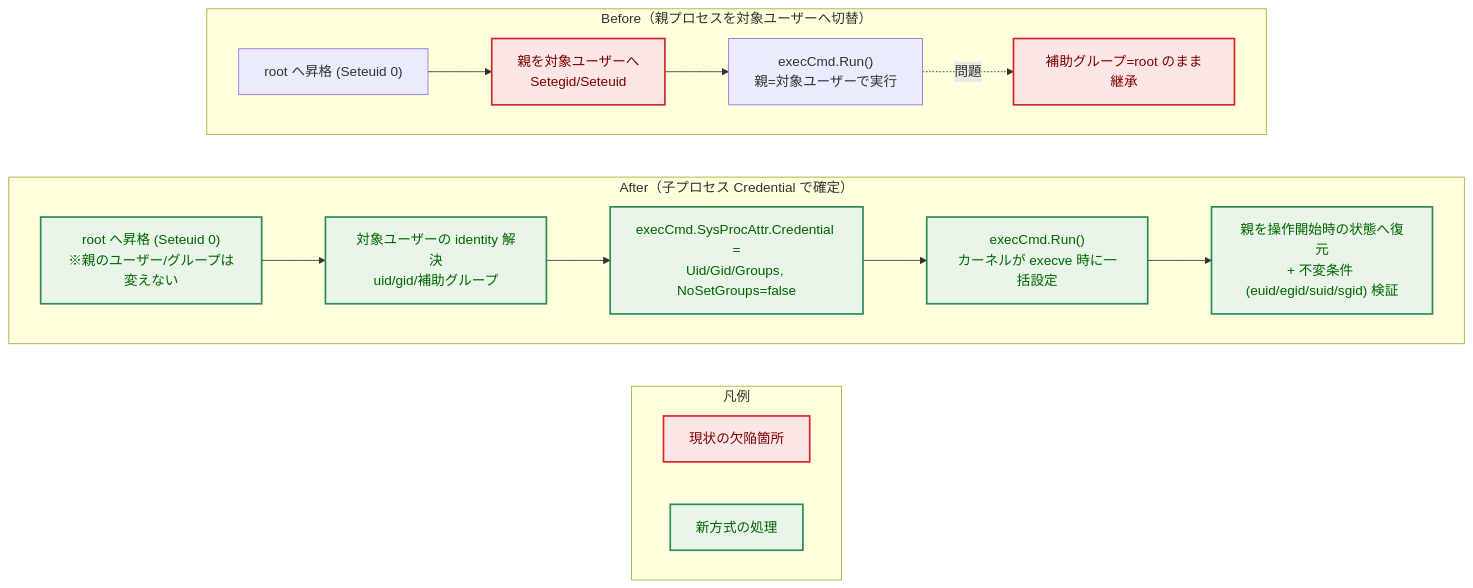
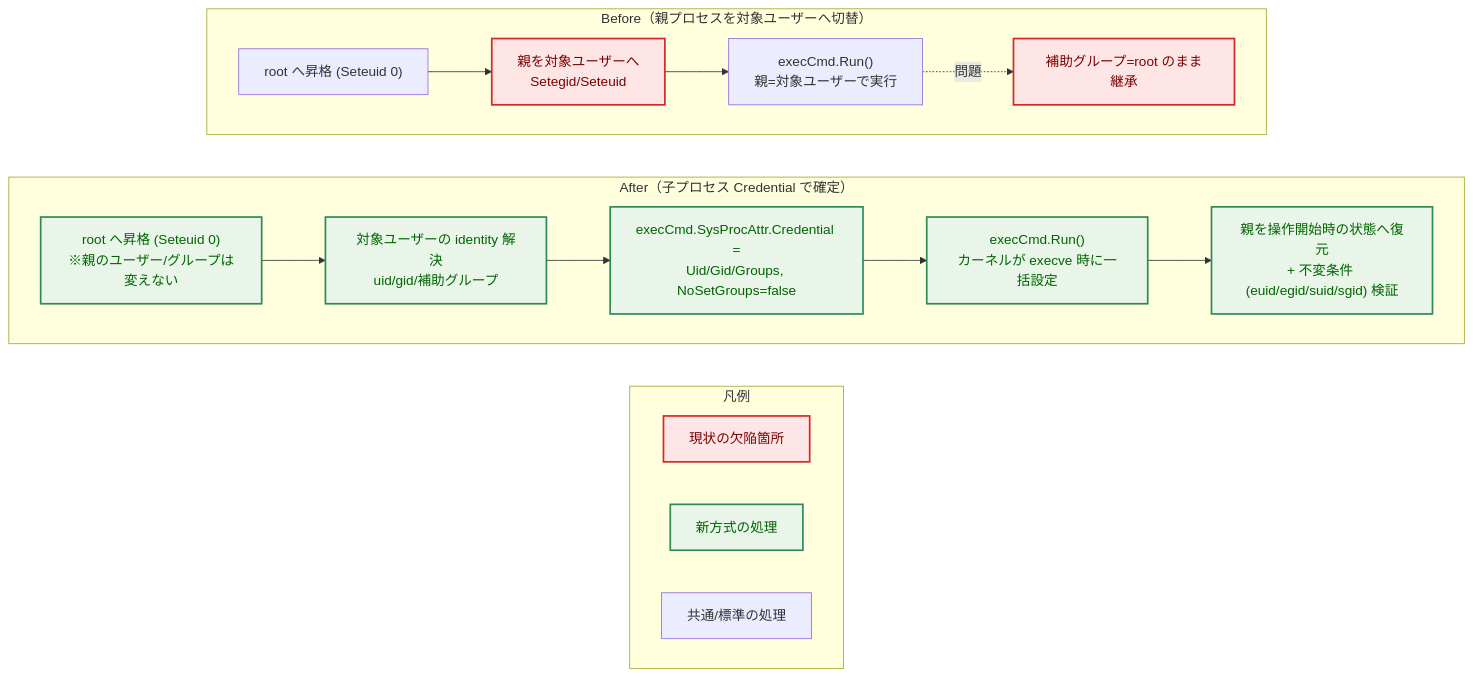
One commit to isseis/go-safe-cmd-runner changed the third of 8 diagrams in docs/tasks/0146_security_hardning/02_architecture.md. Above: the diagram before and after it, drawn with Mermaid. The commit also changed other lines of this file, not shown here.

First line of the commit message:
docs(0146): resolve fail-safe/fail-closed conflict and add Mermaid legend entries

````diff
--- a/docs/tasks/0146_security_hardning/02_architecture.md
+++ b/docs/tasks/0146_security_hardning/02_architecture.md
@@ -207,35 +207,36 @@
 ```mermaid
 flowchart TB
     classDef enhanced fill:#e8f5e8,stroke:#2e8b57,stroke-width:2px,color:#006400;
     classDef problem fill:#ffe6e6,stroke:#d62728,stroke-width:2px,color:#7b0000;
 
     subgraph Before["Before（親プロセスを対象ユーザーへ切替）"]
         direction LR
         B1["root へ昇格 (Seteuid 0)"]
         B2["親を対象ユーザーへ<br>Setegid/Seteuid"]
         B3["execCmd.Run()<br>親=対象ユーザーで実行"]
         B4["補助グループ=root のまま継承"]
         B1 --> B2 --> B3
         B3 -.->|"問題"| B4
         class B2,B4 problem
     end
 
     subgraph After["After（子プロセス Credential で確定）"]
         direction LR
         A1["root へ昇格 (Seteuid 0)<br>※親のユーザー/グループは変えない"]
         A2["対象ユーザーの identity 解決<br>uid/gid/補助グループ"]
         A3["execCmd.SysProcAttr.Credential =<br>Uid/Gid/Groups, NoSetGroups=false"]
         A4["execCmd.Run()<br>カーネルが execve 時に一括設定"]
         A5["親を操作開始時の状態へ復元<br>+ 不変条件 (euid/egid/suid/sgid) 検証"]
         A1 --> A2 --> A3 --> A4 --> A5
         class A1,A2,A3,A4,A5 enhanced
     end
 
     subgraph Legend["凡例"]
         direction LR
         LP["現状の欠陥箇所"]:::problem
         LE["新方式の処理"]:::enhanced
+        LD["共通/標準の処理"]
     end
 
     Before ~~~ After ~~~ Legend
 ```
````
